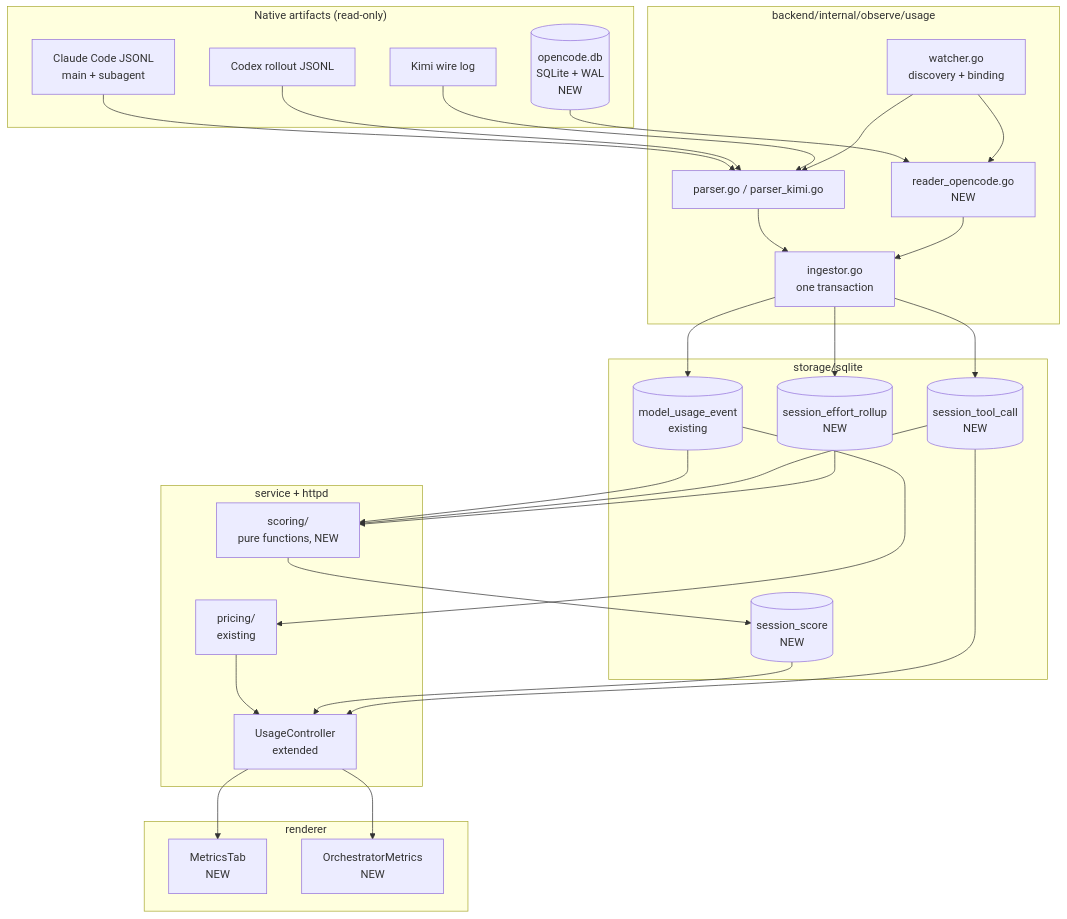
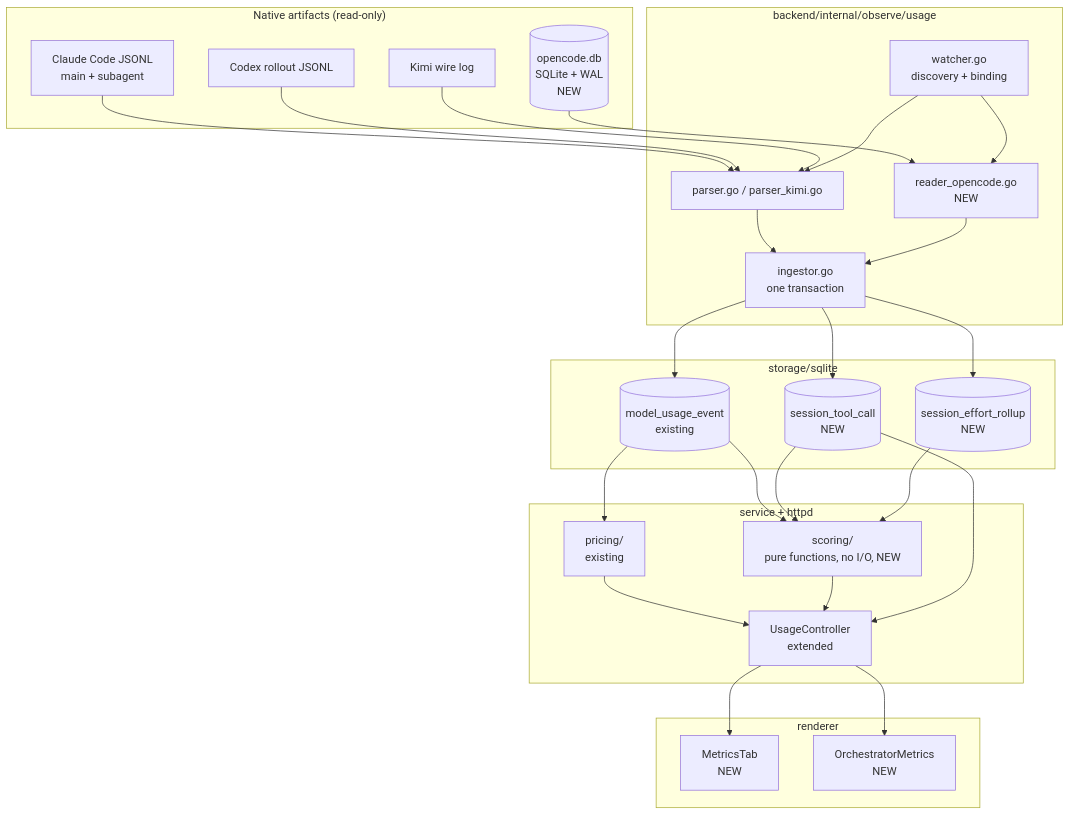
One commit to alerios/agent-orchestrator changed the first of 3 diagrams in docs/superpowers/specs/2026-09-11-session-metrics-and-efficiency-scoring-design.md. Above: the diagram before and after it, drawn with Mermaid. The commit also changed other lines of this file, not shown here.

First line of the commit message:
docs: drop LLM scoring from session metrics design

````diff
--- a/docs/superpowers/specs/2026-09-11-session-metrics-and-efficiency-scoring-design.md
+++ b/docs/superpowers/specs/2026-09-11-session-metrics-and-efficiency-scoring-design.md
@@ -109,56 +125,54 @@
 ```mermaid
 flowchart TB
     subgraph sources["Native artifacts (read-only)"]
         claude["Claude Code JSONL<br/>main + subagent"]
         codex["Codex rollout JSONL"]
         kimi["Kimi wire log"]
         oc[("opencode.db<br/>SQLite + WAL<br/>NEW")]
     end
 
     subgraph pipeline["backend/internal/observe/usage"]
         watcher["watcher.go<br/>discovery + binding"]
         parser["parser.go / parser_kimi.go"]
         ocreader["reader_opencode.go<br/>NEW"]
         ingestor["ingestor.go<br/>one transaction"]
     end
 
     subgraph store["storage/sqlite"]
         events[("model_usage_event<br/>existing")]
         tools[("session_tool_call<br/>NEW")]
         effort[("session_effort_rollup<br/>NEW")]
-        scores[("session_score<br/>NEW")]
     end
 
     subgraph svc["service + httpd"]
-        scoring["scoring/<br/>pure functions, NEW"]
+        scoring["scoring/<br/>pure functions, no I/O, NEW"]
         pricing["pricing/<br/>existing"]
         ctl["UsageController<br/>extended"]
     end
 
     subgraph ui["renderer"]
         mtab["MetricsTab<br/>NEW"]
         otab["OrchestratorMetrics<br/>NEW"]
     end
 
     claude --> parser
     codex --> parser
     kimi --> parser
     oc --> ocreader
     watcher --> parser
     watcher --> ocreader
     parser --> ingestor
     ocreader --> ingestor
     ingestor --> events
     ingestor --> tools
     ingestor --> effort
     events --> pricing
     events --> scoring
     tools --> scoring
     effort --> scoring
-    scoring --> scores
     pricing --> ctl
-    scores --> ctl
+    scoring --> ctl
     tools --> ctl
     ctl --> mtab
     ctl --> otab
 ```
````
